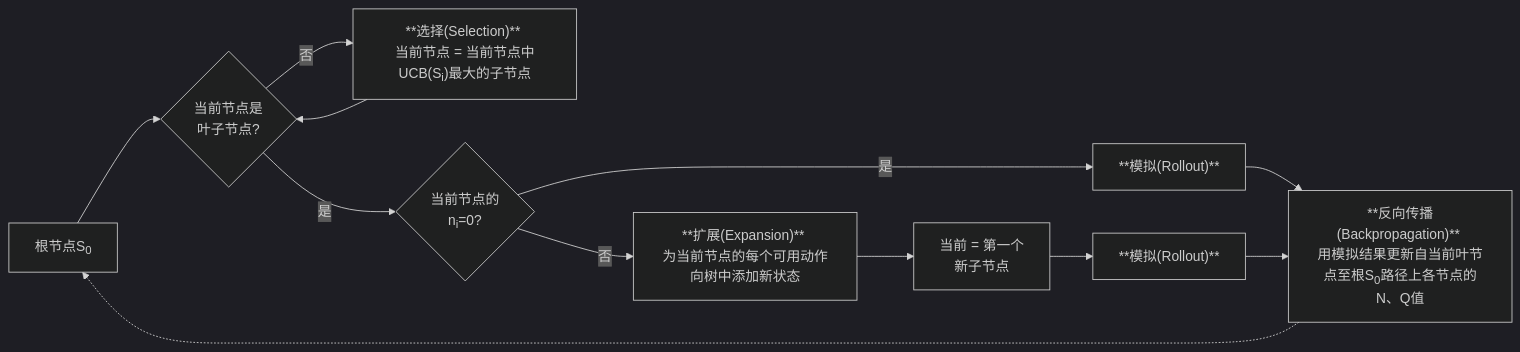
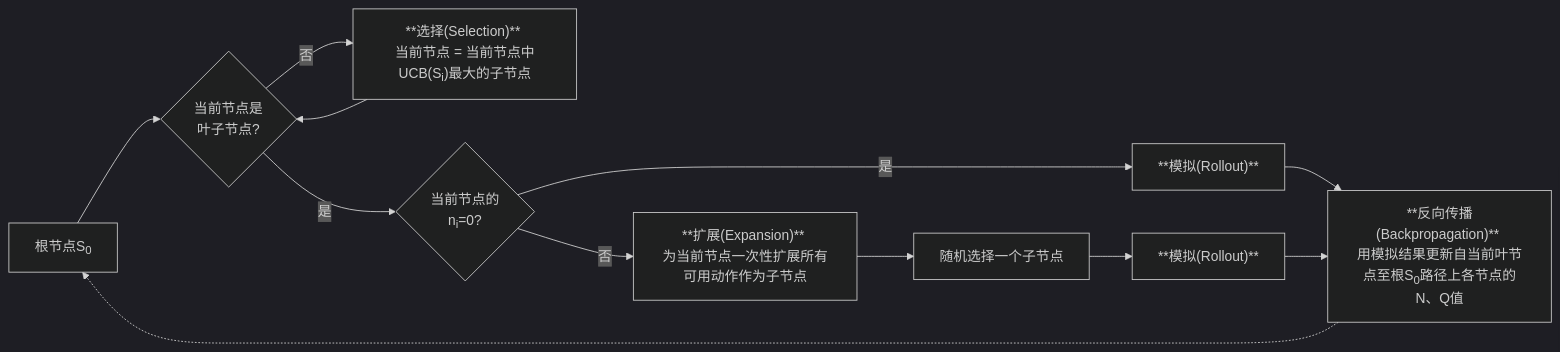
One commit to s7ev3n/blog.space changed the diagram in src/content/post/mcts/index.md. Above: the diagram before and after it, drawn with Mermaid (dark theme). The commit also changed other lines of this file, not shown here.

```diff
--- a/src/content/post/mcts/index.md
+++ b/src/content/post/mcts/index.md
@@ -43,15 +52,15 @@
 <div class="mermaid">
 graph LR
     B["根节点S<sub>0</sub>"] --> C{"当前节点是<br/>叶子节点?"};
     C -- 否 --> D["**选择(Selection)** <br/>当前节点 = 当前节点中UCB(S<sub>i</sub>)最大的子节点"];
     D --> C;
     C -- 是 --> E{"当前节点的<br/>n<sub>i</sub>=0?"};
     E -- 是 --> F["**模拟(Rollout)**"];
-    E -- 否 --> G["**扩展(Expansion)** <br/>为当前节点的每个可用动作向树中添加新状态"];
-    G --> H["当前 = 第一个<br/>新子节点"];
+    E -- 否 --> G["**扩展(Expansion)** <br/>为当前节点一次性扩展所有可用动作作为子节点"];
+    G --> H["随机选择一个子节点"];
     H --> I["**模拟(Rollout)**"];
     J["**反向传播(Backpropagation)** <br/>用模拟结果更新自当前叶节点至根S<sub>0</sub>路径上各节点的N、Q值"];
     F --> J;
     I --> J;
     J -.-> B;
 </div>
```
